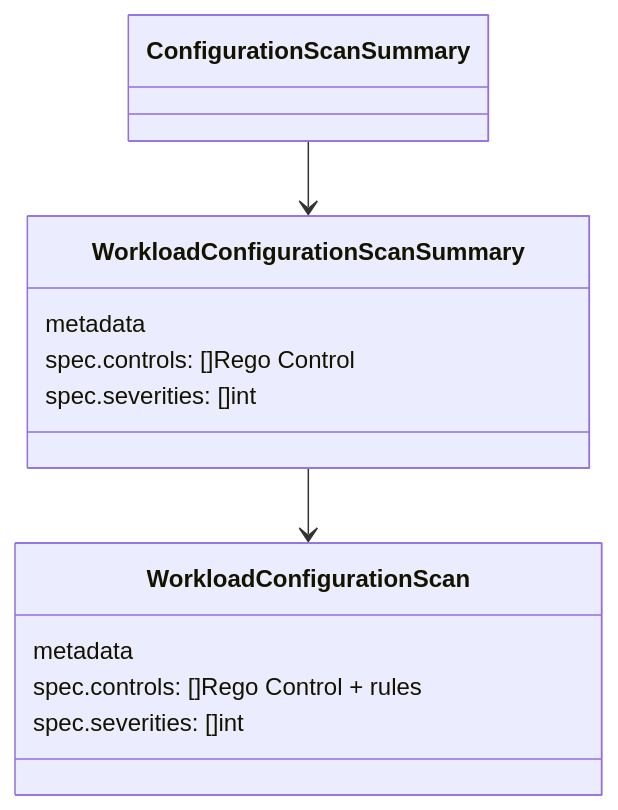
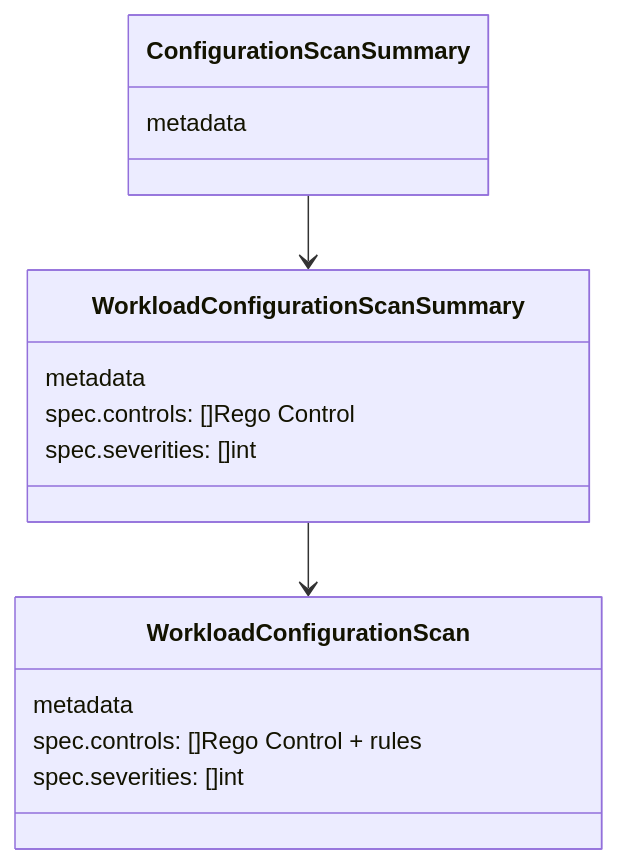
One commit to kubebeam/kubescape-headlamp-plugin changed the second of 2 diagrams in docs/kubescape-model.md. Above: the diagram before and after it, drawn with Mermaid. The commit also changed other lines of this file and 1 other file, not shown here.

````diff
--- a/docs/kubescape-model.md
+++ b/docs/kubescape-model.md
@@ -32,23 +39,23 @@
 ```mermaid
  classDiagram
 
     class ConfigurationScanSummary {
-
+        metadata
     }
 
     class WorkloadConfigurationScanSummary {
         metadata
         spec.controls: []Rego Control
         spec.severities: []int
     }
 
     class WorkloadConfigurationScan {
         metadata
         spec.controls: []Rego Control + rules
         spec.severities: []int
     }
 
     ConfigurationScanSummary --> WorkloadConfigurationScanSummary
     WorkloadConfigurationScanSummary --> WorkloadConfigurationScan
 
 ```
````
